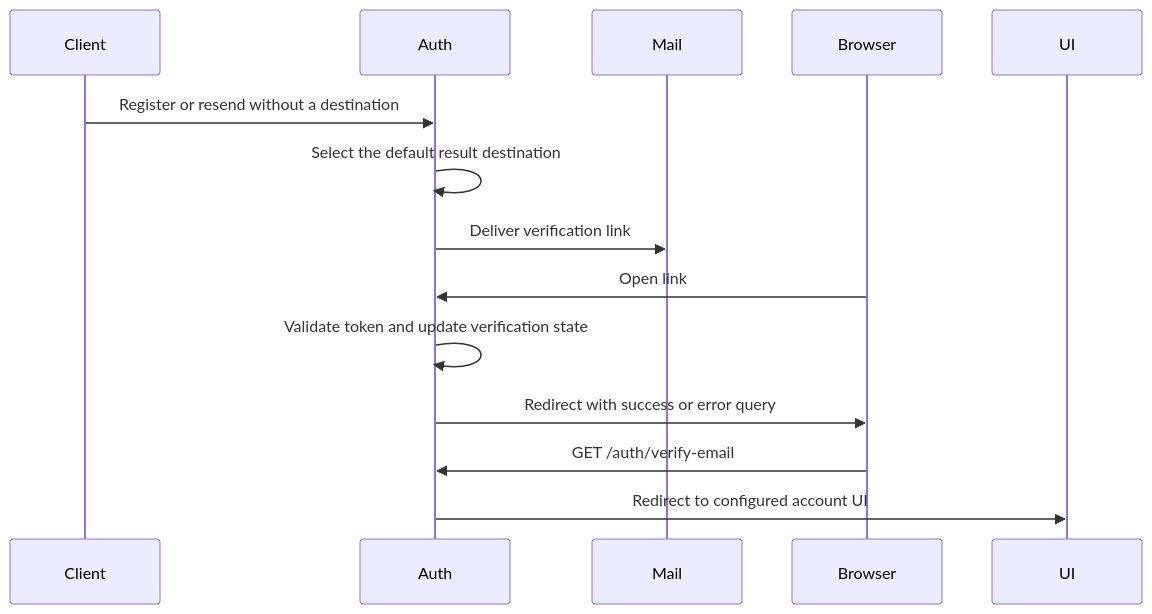
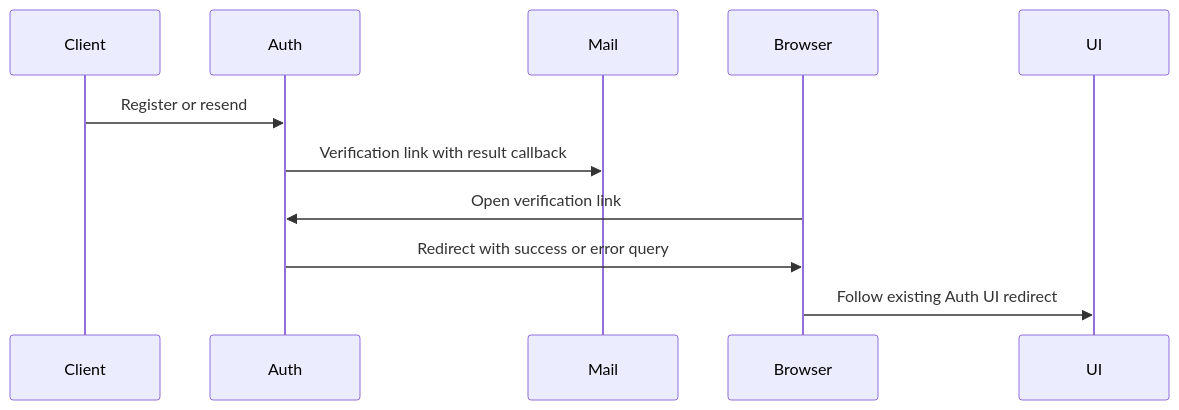
One commit to moeru-ai/airi changed the second of 2 diagrams in server/docs/ai/adr/2026-09-30-email-verification-landing.md. Above: the diagram before and after it, drawn with Mermaid. The commit also changed other lines of this file and 6 other files, not shown here.

Commit message:
refactor(auth): narrow verification fix and remove added test configuration

````diff
--- a/server/docs/ai/adr/2026-09-30-email-verification-landing.md
+++ b/server/docs/ai/adr/2026-09-30-email-verification-landing.md
@@ -52,16 +27,8 @@
 ```mermaid
 sequenceDiagram
-  participant Client
-  participant Auth
-  participant Mail
-  participant Browser
-  participant UI
-  Client->>Auth: Register or resend without a destination
-  Auth->>Auth: Select the default result destination
-  Auth->>Mail: Deliver verification link
-  Browser->>Auth: Open link
-  Auth->>Auth: Validate token and update verification state
+  Client->>Auth: Register or resend
+  Auth->>Mail: Verification link with result callback
+  Browser->>Auth: Open verification link
   Auth->>Browser: Redirect with success or error query
-  Browser->>Auth: GET /auth/verify-email
-  Auth->>UI: Redirect to configured account UI
+  Browser->>UI: Follow existing Auth UI redirect
 ```
````
